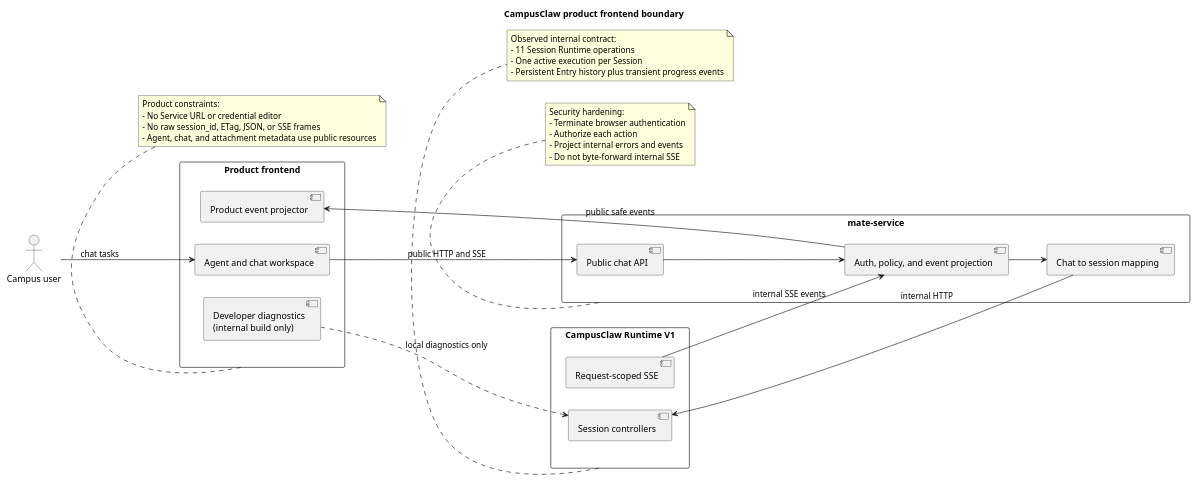
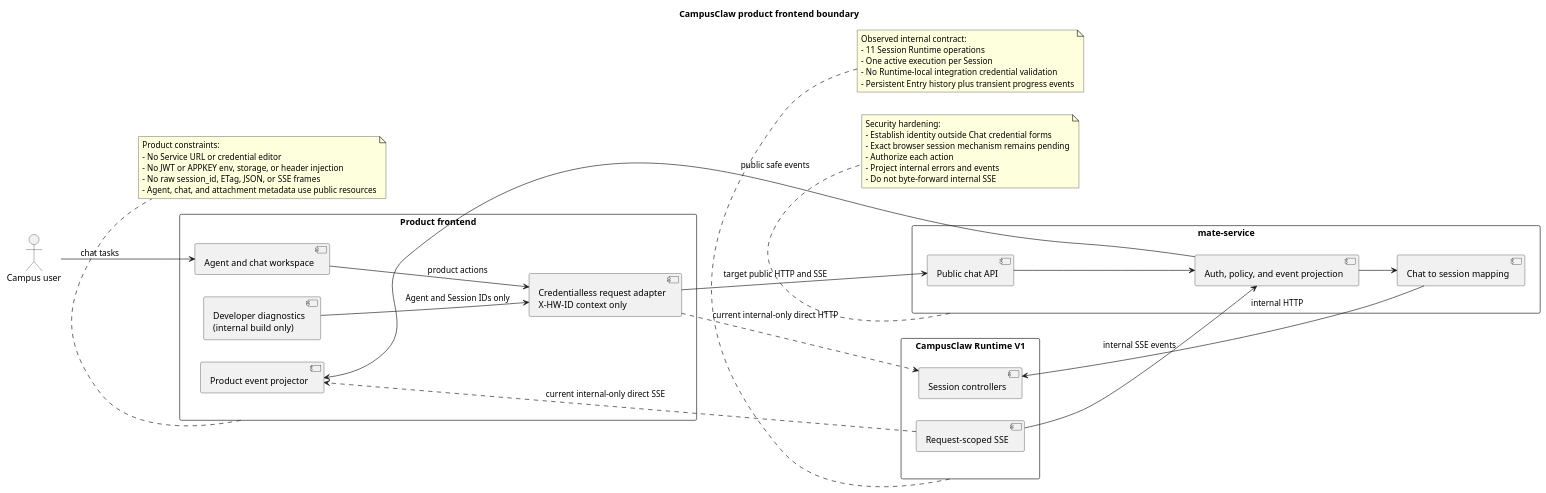
Before and after one commit to ssm0808/pi-mono-java-design: the first of 3 diagrams in 01-总体架构/04-CampusClaw前端体验/diagram.puml, drawn with PlantUML. The commit also changed 8 other files, not shown here.

```diff
--- a/01-总体架构/04-CampusClaw前端体验/diagram.puml
+++ b/01-总体架构/04-CampusClaw前端体验/diagram.puml
@@ -1,59 +1,71 @@
 @startuml frontend_product_boundary
-' Source evidence: frontend/src/App.vue (current debug console shell) and frontend/src/composables/useRuntimeApi.ts (useRuntimeApi, BASE_PATH).
+' Source baseline: pi-mono-java 320d790726a70aada6100052952d5494d2a378ac.
+' Source evidence: frontend/README.md lines 26-28 and 40-58.
+' Source evidence: frontend/.env.example lines 1-7.
+' Source evidence: frontend/src/App.vue lines 177-290 and frontend/src/components/DevDiagnostics.vue lines 4-25.
+' Source evidence: frontend/src/composables/useRuntimeApi.ts lines 18-20 and 480-495 (requestRaw).
 ' Source evidence: modules/coding-agent-cli/src/main/java/com/campusclaw/codingagent/runtimeapi/web/RuntimeSessionController.java.
-' Source evidence: modules/coding-agent-cli/src/main/java/com/campusclaw/codingagent/runtimeapi/web/RuntimeEventController.java.
-' Observed behavior: the current browser client calls the internal Runtime V1 contract directly and exposes credentials and protocol fields.
-' Design reason: the product UI must use a public bridge so internal session identifiers, credentials, ETags, and raw SSE payloads do not cross the browser boundary.
+' Source evidence: modules/coding-agent-cli/src/test/java/com/campusclaw/codingagent/runtimeapi/web/RuntimeSessionRoutesTest.java lines 102-120.
+' Observed behavior: the current browser client calls Runtime V1 directly, sends only non-secret X-HW-ID, and has no JWT or APPKEY editor, storage, or header injection path.
+' Target-only design: the product browser calls a public bridge; the exact browser login and session mechanism is pending API review.
+' Design reason: the lack of credential support is not production authentication; the public bridge owns identity, authorization, public resources, and safe event projection.
 
 title CampusClaw product frontend boundary
 left to right direction
 
 actor "Campus user" as User
 rectangle "Product frontend" as Frontend {
   component "Agent and chat workspace" as Workspace
+  component "Credentialless request adapter\nX-HW-ID context only" as RequestAdapter
   component "Product event projector" as Projector
   component "Developer diagnostics\n(internal build only)" as Diagnostics
 }
 
 rectangle "mate-service" as Mate {
   component "Public chat API" as PublicApi
   component "Chat to session mapping" as Mapping
   component "Auth, policy, and event projection" as Policy
 }
 
 rectangle "CampusClaw Runtime V1" as Runtime {
   component "Session controllers" as Sessions
   component "Request-scoped SSE" as Stream
 }
 
 User --> Workspace : chat tasks
-Workspace --> PublicApi : public HTTP and SSE
+Workspace --> RequestAdapter : product actions
+RequestAdapter --> PublicApi : target public HTTP and SSE
 PublicApi --> Policy
 Policy --> Mapping
 Mapping --> Sessions : internal HTTP
 Stream --> Policy : internal SSE events
 Policy --> Projector : public safe events
-Diagnostics ..> Sessions : local diagnostics only
+RequestAdapter ..> Sessions : current internal-only direct HTTP
+Stream ..> Projector : current internal-only direct SSE
+Diagnostics --> RequestAdapter : Agent and Session IDs only
 
 note bottom of Frontend
 Product constraints:
 - No Service URL or credential editor
+- No JWT or APPKEY env, storage, or header injection
 - No raw session_id, ETag, JSON, or SSE frames
 - Agent, chat, and attachment metadata use public resources
 end note
 
 note bottom of Mate
 Security hardening:
-- Terminate browser authentication
+- Establish identity outside Chat credential forms
+- Exact browser session mechanism remains pending
 - Authorize each action
 - Project internal errors and events
 - Do not byte-forward internal SSE
 end note
 
 note bottom of Runtime
 Observed internal contract:
 - 11 Session Runtime operations
 - One active execution per Session
+- No Runtime-local integration credential validation
 - Persistent Entry history plus transient progress events
 end note
 @enduml
```
